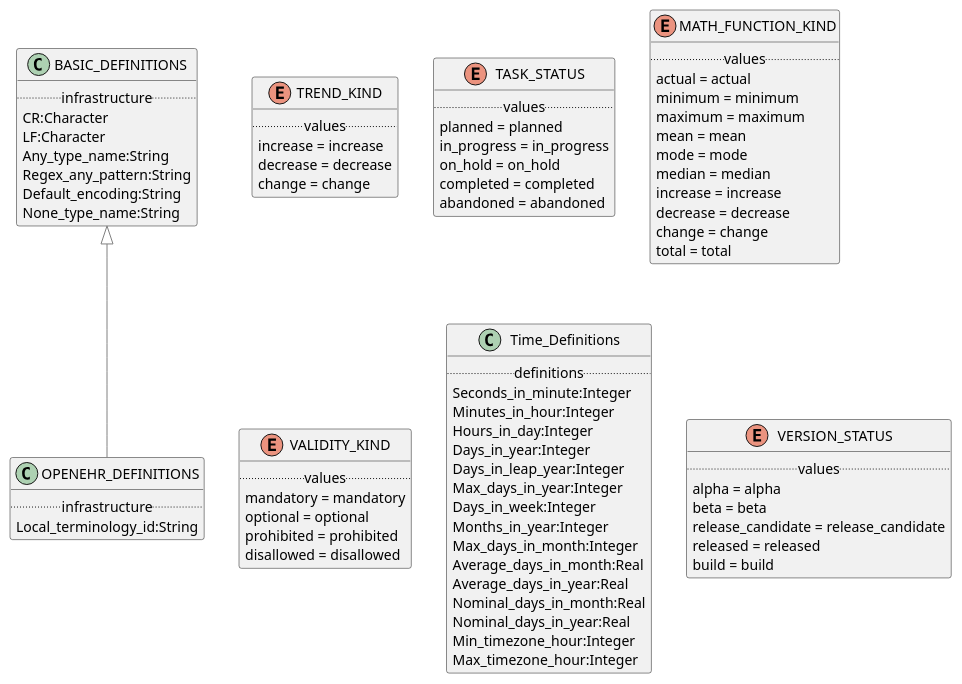
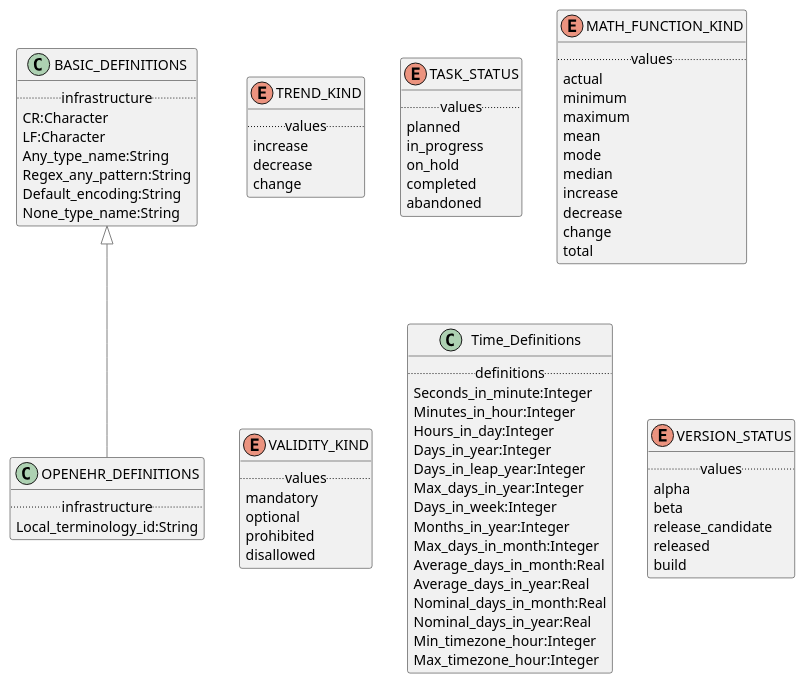
Before and after one commit to wolandscat/openehr-doc: the diagram in modules/ROOT/examples/bmm/representation/definitions/definitions-package-uml.adoc, drawn with PlantUML. The commit also changed 1814 other files, not shown here.

```diff
--- a/modules/ROOT/examples/bmm/representation/definitions/definitions-package-uml.adoc
+++ b/modules/ROOT/examples/bmm/representation/definitions/definitions-package-uml.adoc
@@ -16,35 +16,34 @@
         None_type_name:String
 }
 
-
 enum TREND_KIND [[/openehr-doc/latest/representation/definitions-gen.html#_class_trend_kind]] {
         .. values ..
-        increase = increase
-        decrease = decrease
-        change = change
+        increase
+        decrease
+        change
 }
 
 enum TASK_STATUS [[/openehr-doc/latest/representation/definitions-gen.html#_class_task_status]] {
         .. values ..
-        planned = planned
-        in_progress = in_progress
-        on_hold = on_hold
-        completed = completed
-        abandoned = abandoned
+        planned
+        in_progress
+        on_hold
+        completed
+        abandoned
 }
 
 enum MATH_FUNCTION_KIND [[/openehr-doc/latest/representation/definitions-gen.html#_class_math_function_kind]] {
         .. values ..
-        actual = actual
-        minimum = minimum
-        maximum = maximum
-        mean = mean
-        mode = mode
-        median = median
-        increase = increase
-        decrease = decrease
-        change = change
-        total = total
+        actual
+        minimum
+        maximum
+        mean
+        mode
+        median
+        increase
+        decrease
+        change
+        total
 }
 
 class OPENEHR_DEFINITIONS [[/openehr-doc/latest/representation/definitions-gen.html#_class_openehr_definitions]] {
@@ -57,10 +56,10 @@
 
 enum VALIDITY_KIND [[/openehr-doc/latest/representation/definitions-gen.html#_class_validity_kind]] {
         .. values ..
-        mandatory = mandatory
-        optional = optional
-        prohibited = prohibited
-        disallowed = disallowed
+        mandatory
+        optional
+        prohibited
+        disallowed
 }
 
 class Time_Definitions [[/openehr-doc/latest/representation/definitions-gen.html#_class_time_definitions]] {
@@ -82,14 +81,13 @@
         Max_timezone_hour:Integer
 }
 
-
 enum VERSION_STATUS [[/openehr-doc/latest/representation/definitions-gen.html#_class_version_status]] {
         .. values ..
-        alpha = alpha
-        beta = beta
-        release_candidate = release_candidate
-        released = released
-        build = build
+        alpha
+        beta
+        release_candidate
+        released
+        build
 }
 
 ....
```
